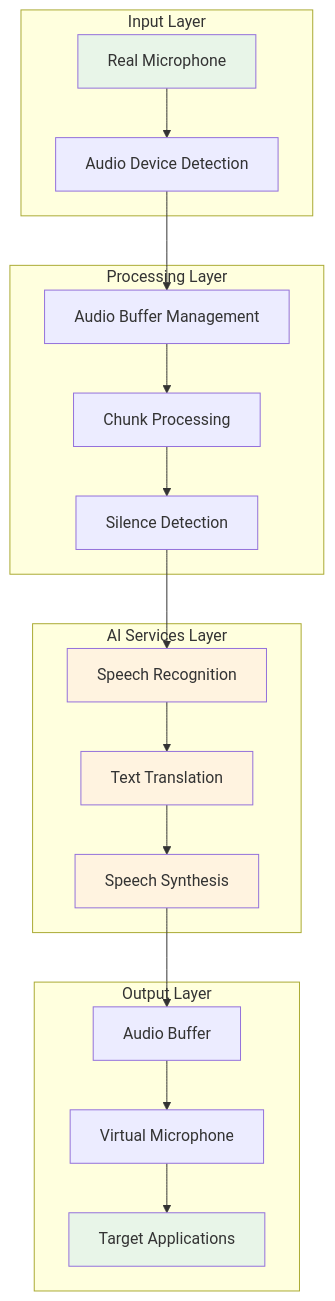
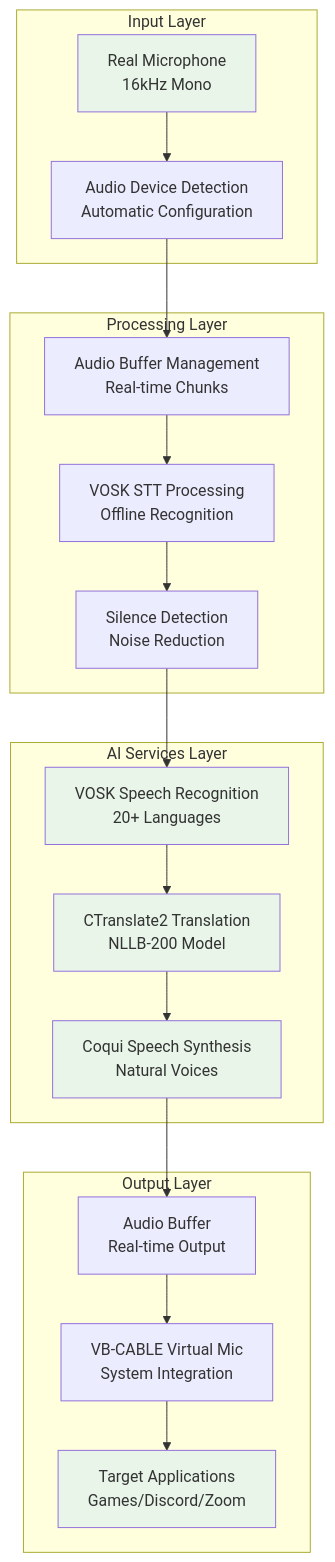
The fourth of 4 diagrams in docs/architecture.md (irakr/voipglot-win), drawn with Mermaid before and after one commit. The commit also changed other lines of this file and 5 other files, not shown here.

````diff
--- a/docs/architecture.md
+++ b/docs/architecture.md
@@ -177,42 +238,42 @@
 ```mermaid
 graph TD
     subgraph "Input Layer"
-        I1[Real Microphone]
-        I2[Audio Device Detection]
+        I1[Real Microphone<br/>16kHz Mono]
+        I2[Audio Device Detection<br/>Automatic Configuration]
     end
     
     subgraph "Processing Layer"
-        P1[Audio Buffer Management]
-        P2[Chunk Processing]
-        P3[Silence Detection]
+        P1[Audio Buffer Management<br/>Real-time Chunks]
+        P2[VOSK STT Processing<br/>Offline Recognition]
+        P3[Silence Detection<br/>Noise Reduction]
     end
     
     subgraph "AI Services Layer"
-        AI1[Speech Recognition]
-        AI2[Text Translation]
-        AI3[Speech Synthesis]
+        AI1[VOSK Speech Recognition<br/>20+ Languages]
+        AI2[CTranslate2 Translation<br/>NLLB-200 Model]
+        AI3[Coqui Speech Synthesis<br/>Natural Voices]
     end
     
     subgraph "Output Layer"
-        O1[Audio Buffer]
-        O2[Virtual Microphone]
-        O3[Target Applications]
+        O1[Audio Buffer<br/>Real-time Output]
+        O2[VB-CABLE Virtual Mic<br/>System Integration]
+        O3[Target Applications<br/>Games/Discord/Zoom]
     end
     
     I1 --> I2
     I2 --> P1
     P1 --> P2
     P2 --> P3
     P3 --> AI1
     AI1 --> AI2
     AI2 --> AI3
     AI3 --> O1
     O1 --> O2
     O2 --> O3
     
     style I1 fill:#e8f5e8
     style O3 fill:#e8f5e8
-    style AI1 fill:#fff3e0
-    style AI2 fill:#fff3e0
-    style AI3 fill:#fff3e0
-``` 
+    style AI1 fill:#e8f5e8
+    style AI2 fill:#e8f5e8
+    style AI3 fill:#e8f5e8
+```
````
